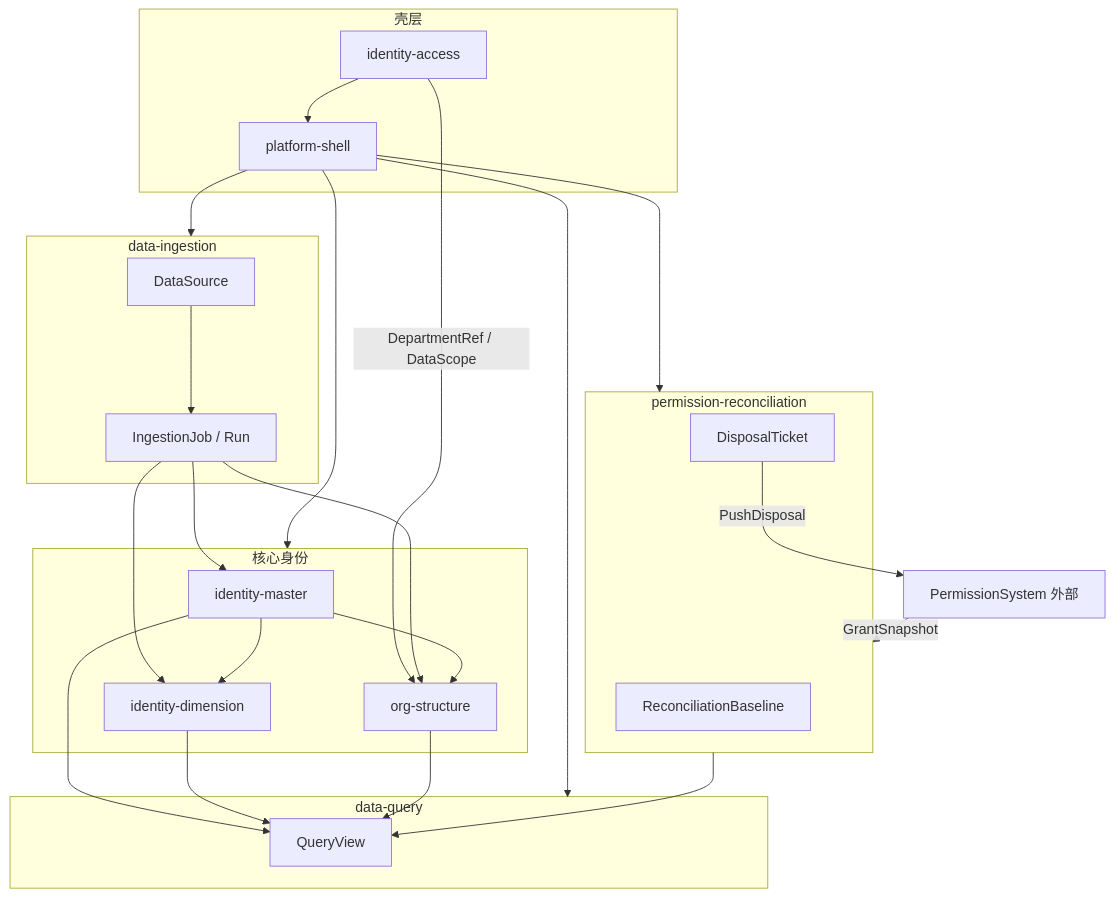
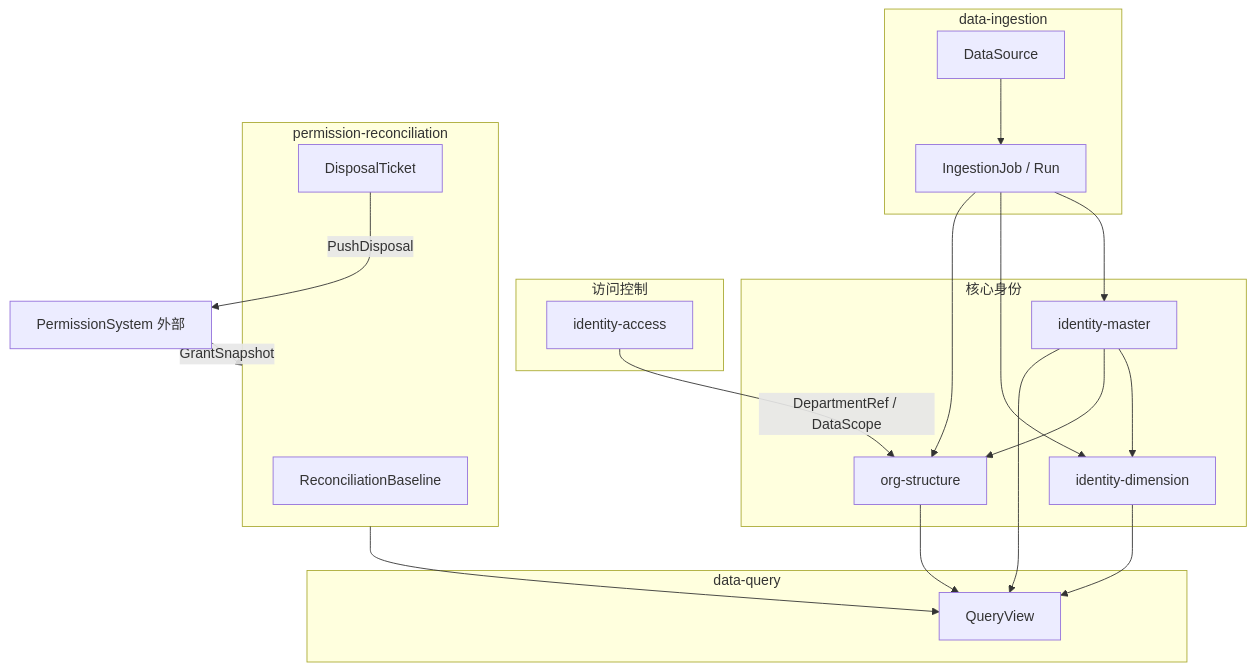
The diagram in docs/domain/established/context-map.md (mjm13/xj-tysfrz), drawn with Mermaid before and after one commit. The commit also changed other lines of this file and 69 other files, not shown here.

````diff
--- a/docs/domain/established/context-map.md
+++ b/docs/domain/established/context-map.md
@@ -73,50 +59,44 @@
 ```mermaid
 flowchart TB
-    subgraph shell ["壳层"]
-        PS[platform-shell]
+    subgraph access ["访问控制"]
         IA[identity-access]
     end
 
     subgraph ingestion ["data-ingestion"]
         DS[DataSource]
         ETL[IngestionJob / Run]
     end
 
     subgraph core ["核心身份"]
         IM[identity-master]
         ID[identity-dimension]
         ORG[org-structure]
     end
 
     subgraph perm ["permission-reconciliation"]
         BL[ReconciliationBaseline]
         DIS[DisposalTicket]
     end
 
     subgraph query ["data-query"]
         QV[QueryView]
     end
 
-    IA --> PS
     IA -->|DepartmentRef / DataScope| ORG
-    PS --> core
-    PS --> ingestion
-    PS --> perm
-    PS --> query
 
     DS --> ETL
     ETL --> IM
     ETL --> ID
     ETL --> ORG
 
     IM --> ID
     IM --> ORG
 
     PSys[PermissionSystem 外部] -->|GrantSnapshot| perm
     DIS -->|PushDisposal| PSys
 
     IM --> QV
     ID --> QV
     ORG --> QV
     perm --> QV
 ```
````
